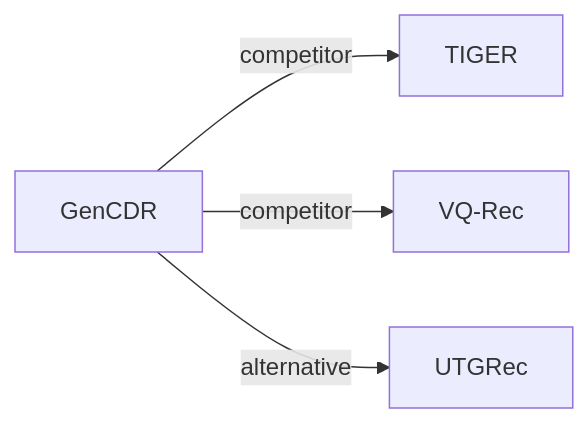
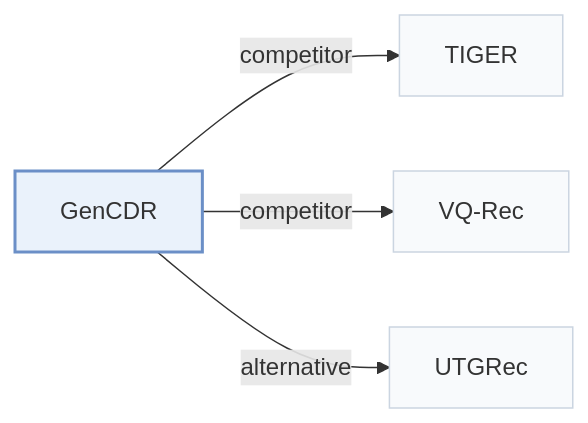
One commit to Galaxy-ghost/Awesome-SID-Generative-Rec changed the third of 3 diagrams in pages/papers/gencdr.md. Above: the diagram before and after it, drawn with Mermaid. The commit also changed other lines of this file and 649 other files, not shown here.

Commit message:
writer-05: also tags and modality index (schema, check, build, visuals); summary field removed; calibration data for 12 papers

````diff
--- a/pages/papers/gencdr.md
+++ b/pages/papers/gencdr.md
@@ -128,7 +144,11 @@
 ```mermaid
 flowchart LR
     P["GenCDR"]
-    P -->|competitor| A["TIGER"]
-    P -->|competitor| B["VQ-Rec"]
-    P -->|alternative| C["UTGRec"]
+    P -->|"competitor"| A["TIGER"]
+    P -->|"competitor"| B["VQ-Rec"]
+    P -->|"alternative"| C["UTGRec"]
+    classDef main fill:#eaf2fb,stroke:#6b8fc7,stroke-width:2px
+    classDef peer fill:#f8fafc,stroke:#cbd5e1
+    class P main
+    class A,B,C peer
 ```
````
